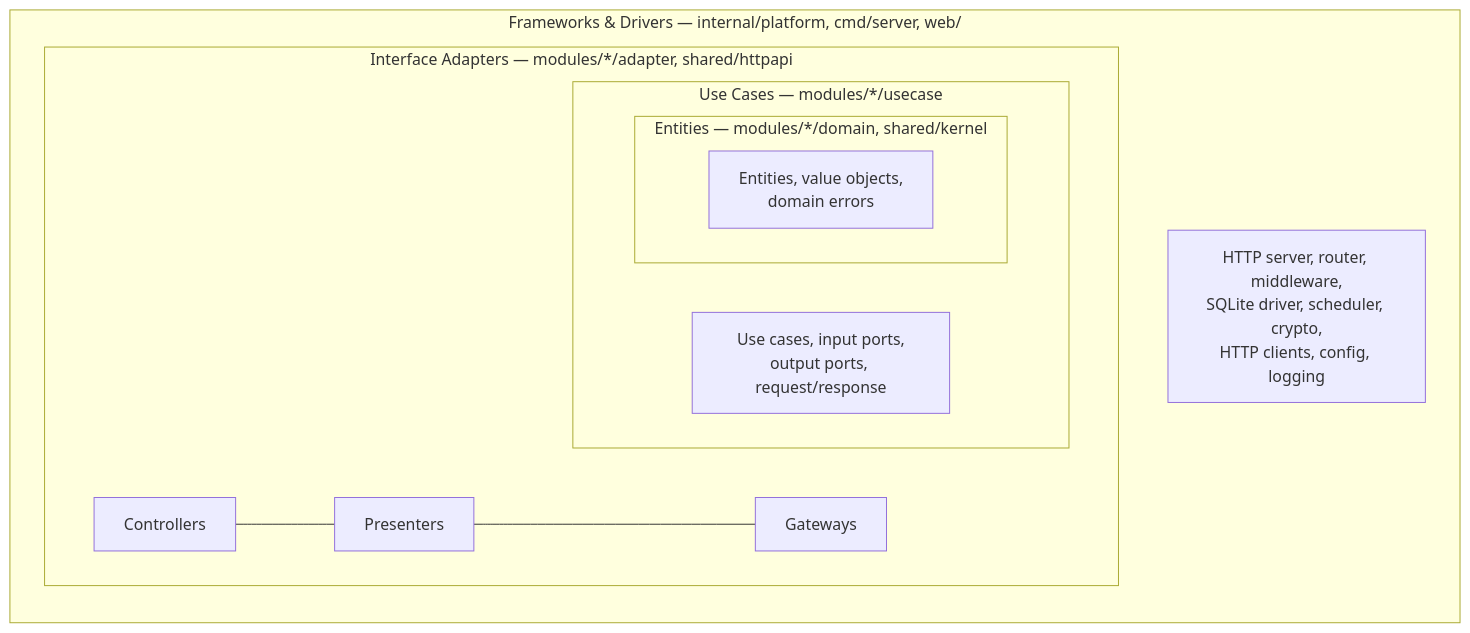
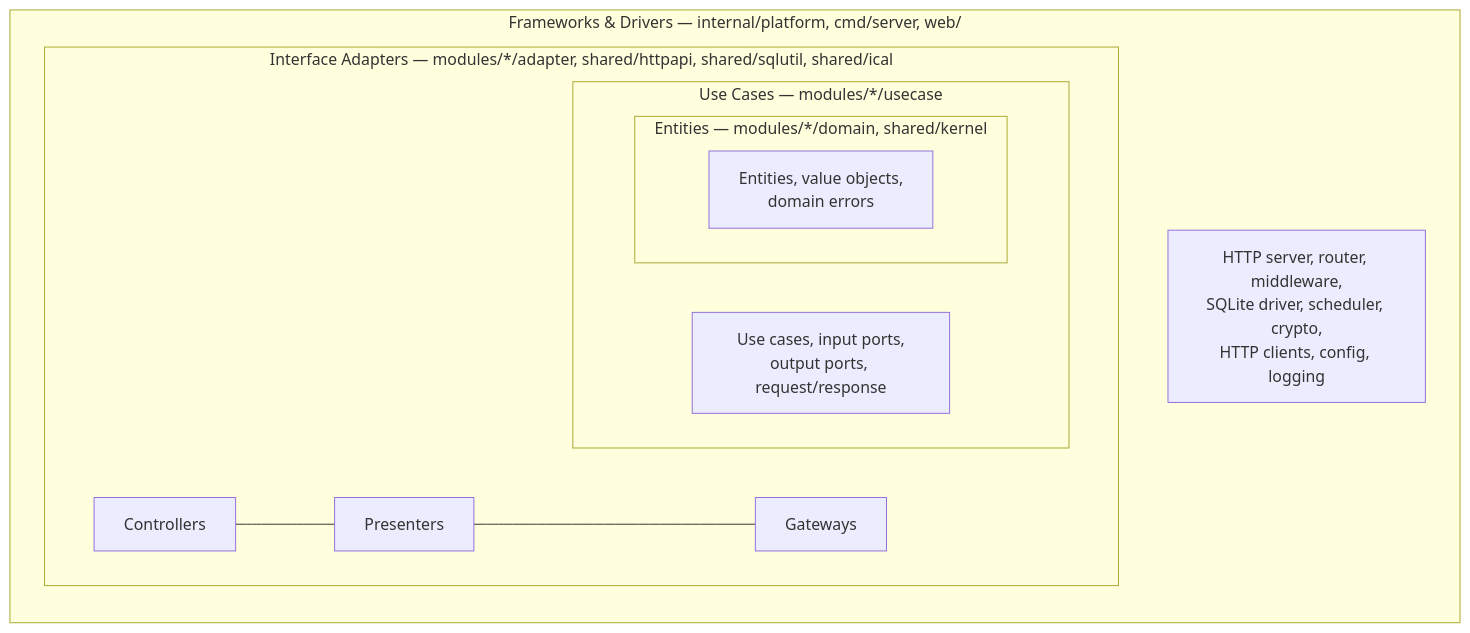
The first of 2 diagrams in docs/architecture.md (itadori26/trisse-home), drawn with Mermaid before and after one commit. The commit also changed 7 other files, not shown here.

First line of the commit message:
refactor(calendar): extract iCalendar handling into internal/shared/ical

````diff
--- a/docs/architecture.md
+++ b/docs/architecture.md
@@ -9,15 +9,15 @@
 ```mermaid
 flowchart LR
     subgraph R4["Frameworks & Drivers — internal/platform, cmd/server, web/"]
-        subgraph R3["Interface Adapters — modules/*/adapter, shared/httpapi"]
+        subgraph R3["Interface Adapters — modules/*/adapter, shared/httpapi, shared/sqlutil, shared/ical"]
             subgraph R2["Use Cases — modules/*/usecase"]
                 subgraph R1["Entities — modules/*/domain, shared/kernel"]
                     E[Entities, value objects,<br/>domain errors]
                 end
                 U[Use cases, input ports,<br/>output ports, request/response]
             end
             C[Controllers] --- P[Presenters] --- G[Gateways]
         end
         F[HTTP server, router, middleware,<br/>SQLite driver, scheduler, crypto,<br/>HTTP clients, config, logging]
     end
 ```
````
